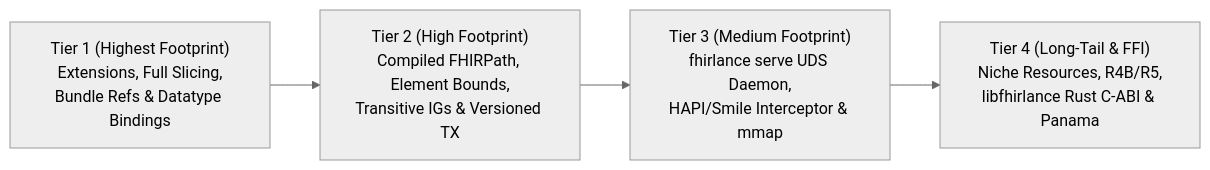
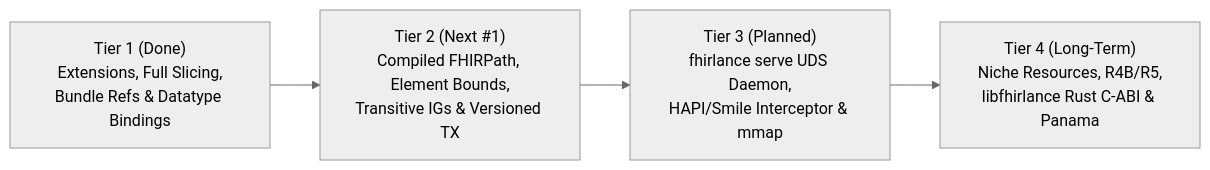
Before and after one commit to damsonaldson/FHIRlance: the diagram in docs/roadmap.md, drawn with Mermaid (neutral theme). The commit also changed other lines of this file and 6 other files, not shown here.

Commit message:
docs: clean up doc drift, remove stale canadian.py refs, and split usage/architecture

````diff
--- a/docs/roadmap.md
+++ b/docs/roadmap.md
@@ -7,6 +7,6 @@
 ```mermaid
 flowchart LR
-    T1["Tier 1 (Highest Footprint)<br/>Extensions, Full Slicing,<br/>Bundle Refs & Datatype Bindings"] --> T2["Tier 2 (High Footprint)<br/>Compiled FHIRPath, Element Bounds,<br/>Transitive IGs & Versioned TX"]
-    T2 --> T3["Tier 3 (Medium Footprint)<br/>fhirlance serve UDS Daemon,<br/>HAPI/Smile Interceptor & mmap"]
-    T3 --> T4["Tier 4 (Long-Tail & FFI)<br/>Niche Resources, R4B/R5,<br/>libfhirlance Rust C-ABI & Panama"]
+    T1["Tier 1 (Done)<br/>Extensions, Full Slicing,<br/>Bundle Refs & Datatype Bindings"] --> T2["Tier 2 (Next #1)<br/>Compiled FHIRPath, Element Bounds,<br/>Transitive IGs & Versioned TX"]
+    T2 --> T3["Tier 3 (Planned)<br/>fhirlance serve UDS Daemon,<br/>HAPI/Smile Interceptor & mmap"]
+    T3 --> T4["Tier 4 (Long-Term)<br/>Niche Resources, R4B/R5,<br/>libfhirlance Rust C-ABI & Panama"]
 ```
````
